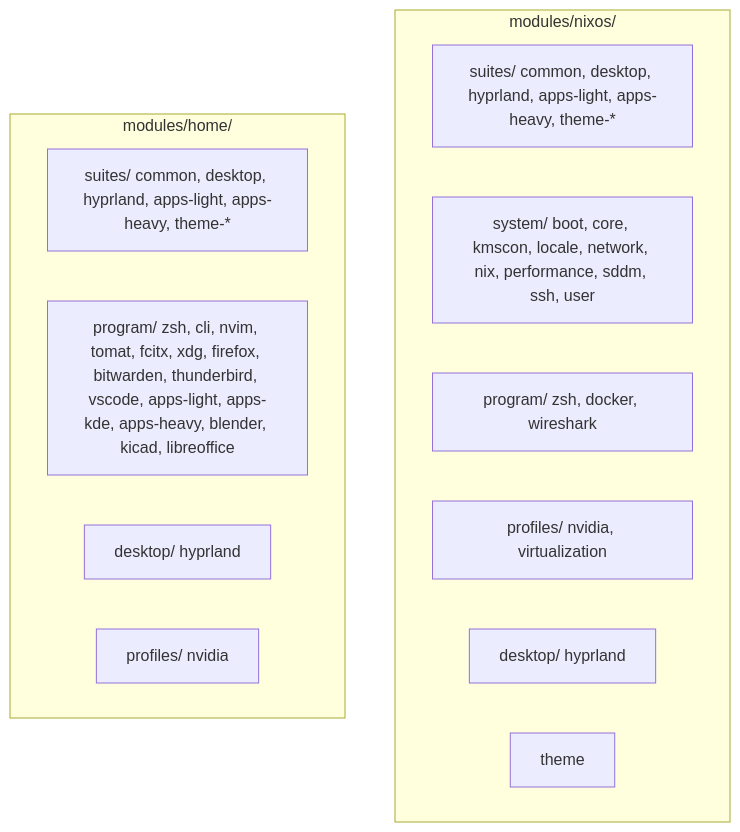
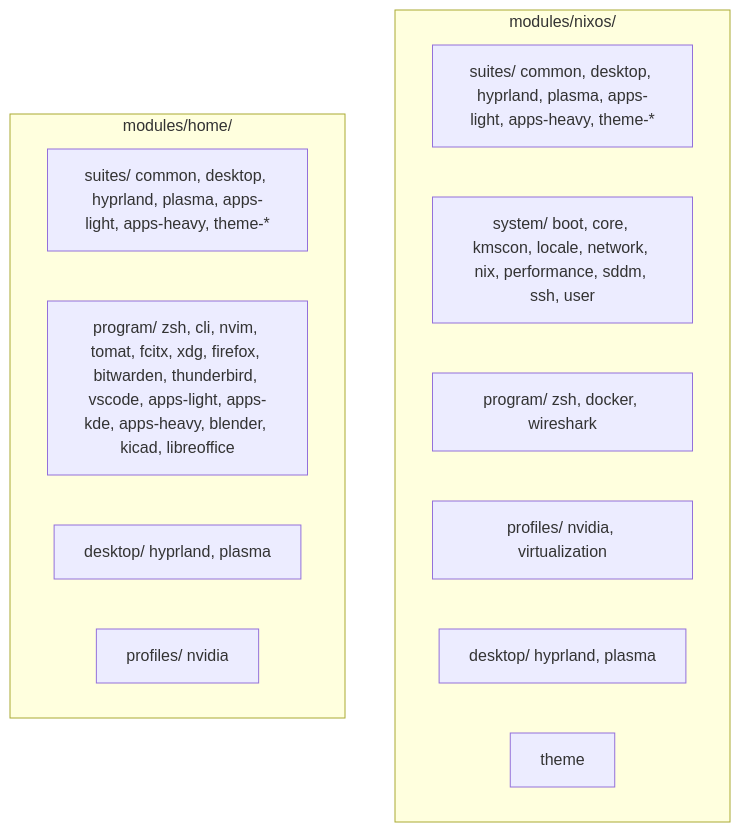
Before and after one commit to vixhentx/nixos: the third of 4 diagrams in docs/ARCHITECTURE.md, drawn with Mermaid. The commit also changed other lines of this file and 10 other files, not shown here.

````diff
--- a/docs/ARCHITECTURE.md
+++ b/docs/ARCHITECTURE.md
@@ -58,18 +68,18 @@
 ```mermaid
 graph TD
     subgraph "modules/nixos/"
-        ns["suites/ common, desktop, hyprland, apps-light, apps-heavy, theme-*"]
+        ns["suites/ common, desktop, hyprland, plasma, apps-light, apps-heavy, theme-*"]
         ns2["system/ boot, core, kmscon, locale, network, nix, performance, sddm, ssh, user"]
         ns3["program/ zsh, docker, wireshark"]
         ns4["profiles/ nvidia, virtualization"]
-        ns5["desktop/ hyprland"]
+        ns5["desktop/ hyprland, plasma"]
         ns6["theme"]
     end
 
     subgraph "modules/home/"
-        hs["suites/ common, desktop, hyprland, apps-light, apps-heavy, theme-*"]
+        hs["suites/ common, desktop, hyprland, plasma, apps-light, apps-heavy, theme-*"]
         hs2["program/ zsh, cli, nvim, tomat, fcitx, xdg, firefox, bitwarden, thunderbird, vscode, apps-light, apps-kde, apps-heavy, blender, kicad, libreoffice"]
-        hs3["desktop/ hyprland"]
+        hs3["desktop/ hyprland, plasma"]
         hs4["profiles/ nvidia"]
     end
 ```
````
